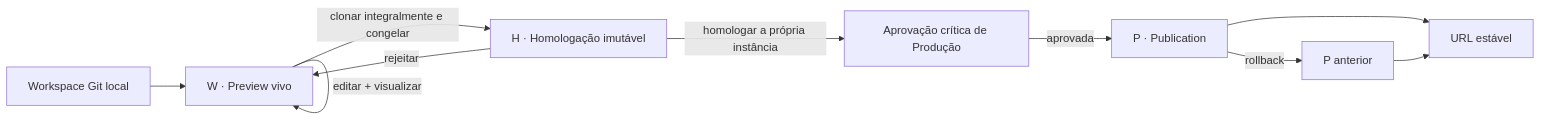
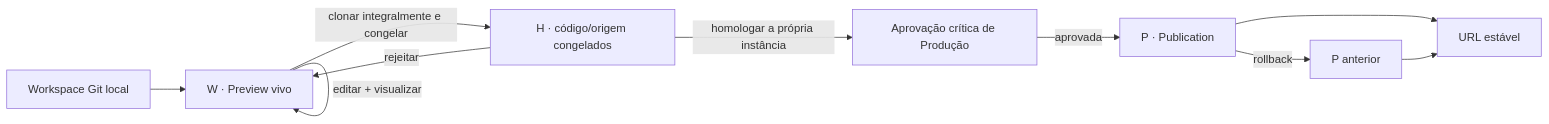
Before and after one commit to debianlima/cloudiff: the diagram in docs/FLUXO-WHP-PUBLICACAO.md, drawn with Mermaid. The commit also changed other lines of this file and 24 other files, not shown here.

````diff
--- a/docs/FLUXO-WHP-PUBLICACAO.md
+++ b/docs/FLUXO-WHP-PUBLICACAO.md
@@ -160,12 +168,12 @@
 ```mermaid
 flowchart LR
     G[Workspace Git local] --> W[W · Preview vivo]
     W -->|editar + visualizar| W
-    W -->|clonar integralmente e congelar| H[H · Homologação imutável]
+    W -->|clonar integralmente e congelar| H[H · código/origem congelados]
     H -->|rejeitar| W
     H -->|homologar a própria instância| A[Aprovação crítica de Produção]
     A -->|aprovada| P[P · Publication]
     P --> S[URL estável]
     P -->|rollback| R[P anterior]
     R --> S
 ```
````
